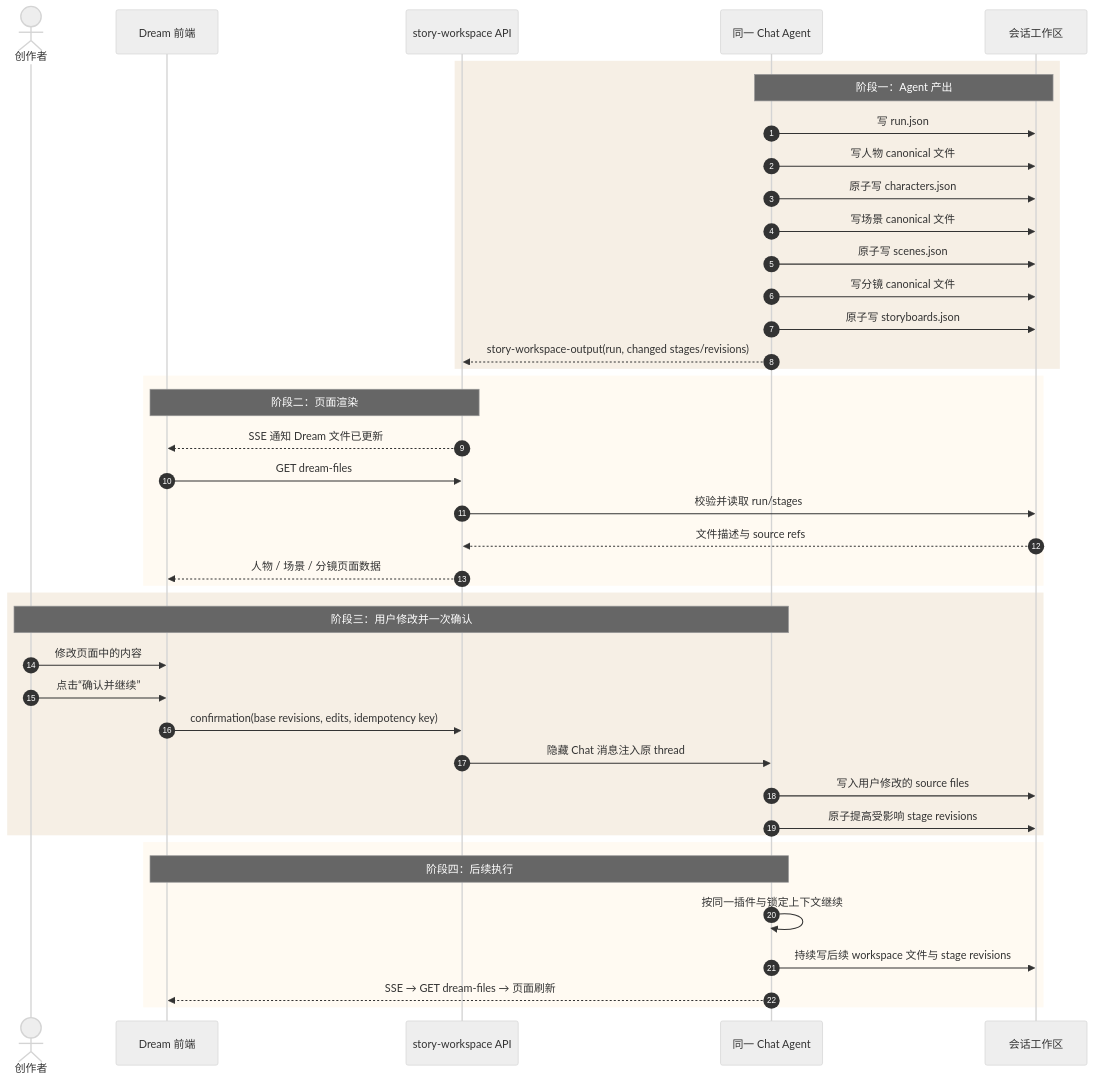
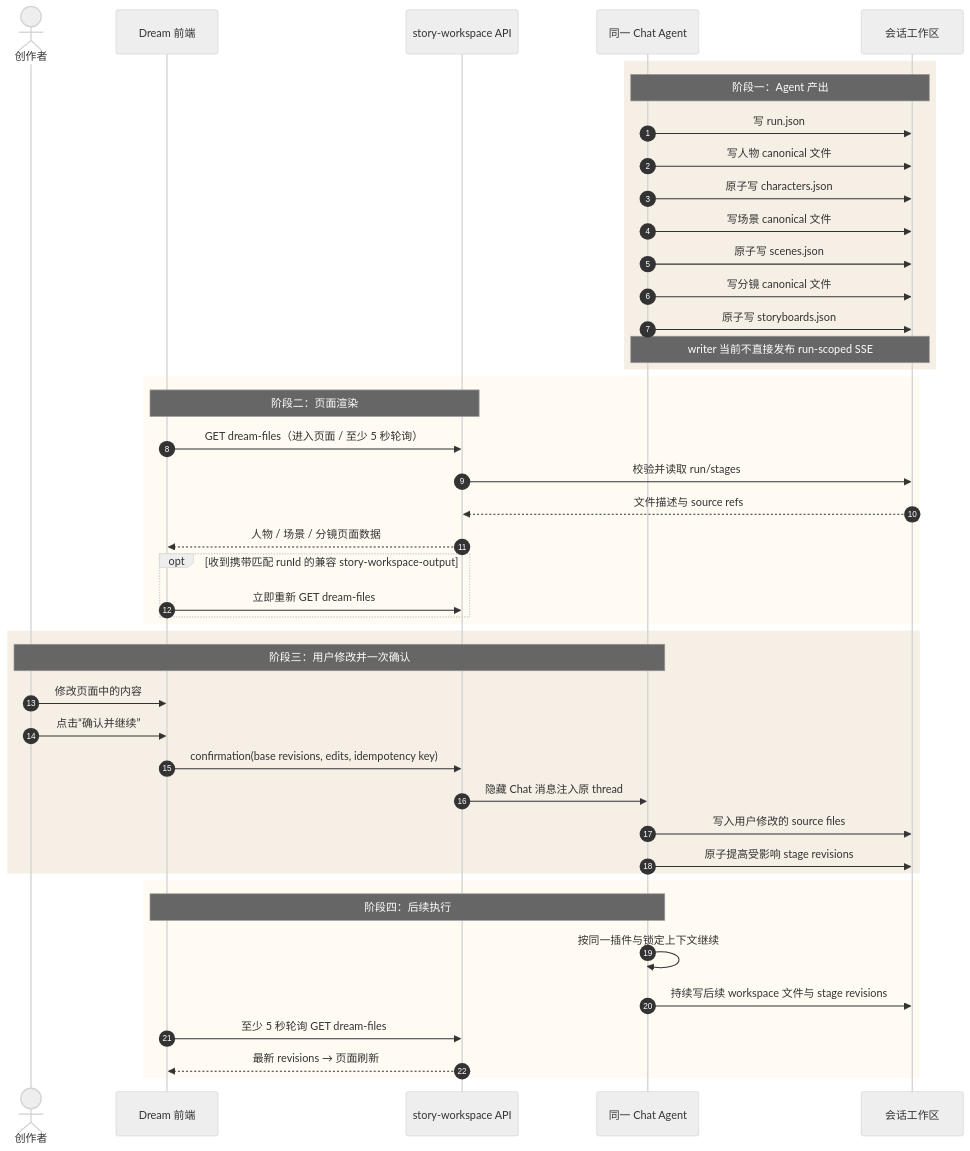
One commit to glide-the/im-dream changed the second of 2 diagrams in docs/design/story-workspace/design_006_dream-protocol-dir-mapping.md. Above: the diagram before and after it, drawn with Mermaid (neutral theme). The commit also changed other lines of this file and 4 other files, not shown here.

Commit message:
docs(story-workspace): record dream task3 delivery

````diff
--- a/docs/design/story-workspace/design_006_dream-protocol-dir-mapping.md
+++ b/docs/design/story-workspace/design_006_dream-protocol-dir-mapping.md
@@ -237,47 +242,50 @@
 ```mermaid
 sequenceDiagram
     autonumber
     actor U as 创作者
     participant FE as Dream 前端
     participant API as story-workspace API
     participant Chat as 同一 Chat Agent
     participant FS as 会话工作区
 
     rect rgb(246,239,229)
         Note over Chat,FS: 阶段一：Agent 产出
         Chat->>FS: 写 run.json
         Chat->>FS: 写人物 canonical 文件
         Chat->>FS: 原子写 characters.json
         Chat->>FS: 写场景 canonical 文件
         Chat->>FS: 原子写 scenes.json
         Chat->>FS: 写分镜 canonical 文件
         Chat->>FS: 原子写 storyboards.json
-        Chat-->>API: story-workspace-output(run, changed stages/revisions)
+        Note over Chat,FS: writer 当前不直接发布 run-scoped SSE
     end
 
     rect rgb(255,250,242)
         Note over FE,API: 阶段二：页面渲染
-        API-->>FE: SSE 通知 Dream 文件已更新
-        FE->>API: GET dream-files
+        FE->>API: GET dream-files（进入页面 / 至少 5 秒轮询）
         API->>FS: 校验并读取 run/stages
         FS-->>API: 文件描述与 source refs
         API-->>FE: 人物 / 场景 / 分镜页面数据
+        opt 收到携带匹配 runId 的兼容 story-workspace-output
+            FE->>API: 立即重新 GET dream-files
+        end
     end
 
     rect rgb(246,239,229)
         Note over U,Chat: 阶段三：用户修改并一次确认
         U->>FE: 修改页面中的内容
         U->>FE: 点击“确认并继续”
         FE->>API: confirmation(base revisions, edits, idempotency key)
         API->>Chat: 隐藏 Chat 消息注入原 thread
         Chat->>FS: 写入用户修改的 source files
         Chat->>FS: 原子提高受影响 stage revisions
     end
 
     rect rgb(255,250,242)
         Note over Chat,FE: 阶段四：后续执行
         Chat->>Chat: 按同一插件与锁定上下文继续
         Chat->>FS: 持续写后续 workspace 文件与 stage revisions
-        Chat-->>FE: SSE → GET dream-files → 页面刷新
+        FE->>API: 至少 5 秒轮询 GET dream-files
+        API-->>FE: 最新 revisions → 页面刷新
     end
 ```
````
